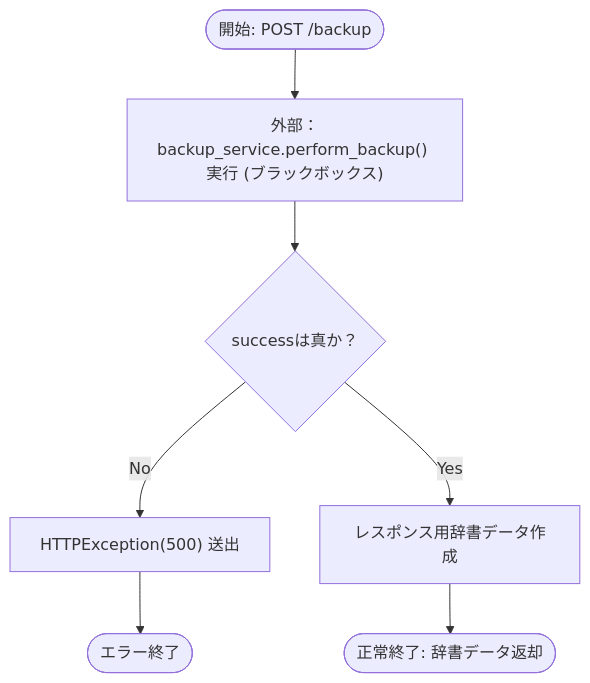
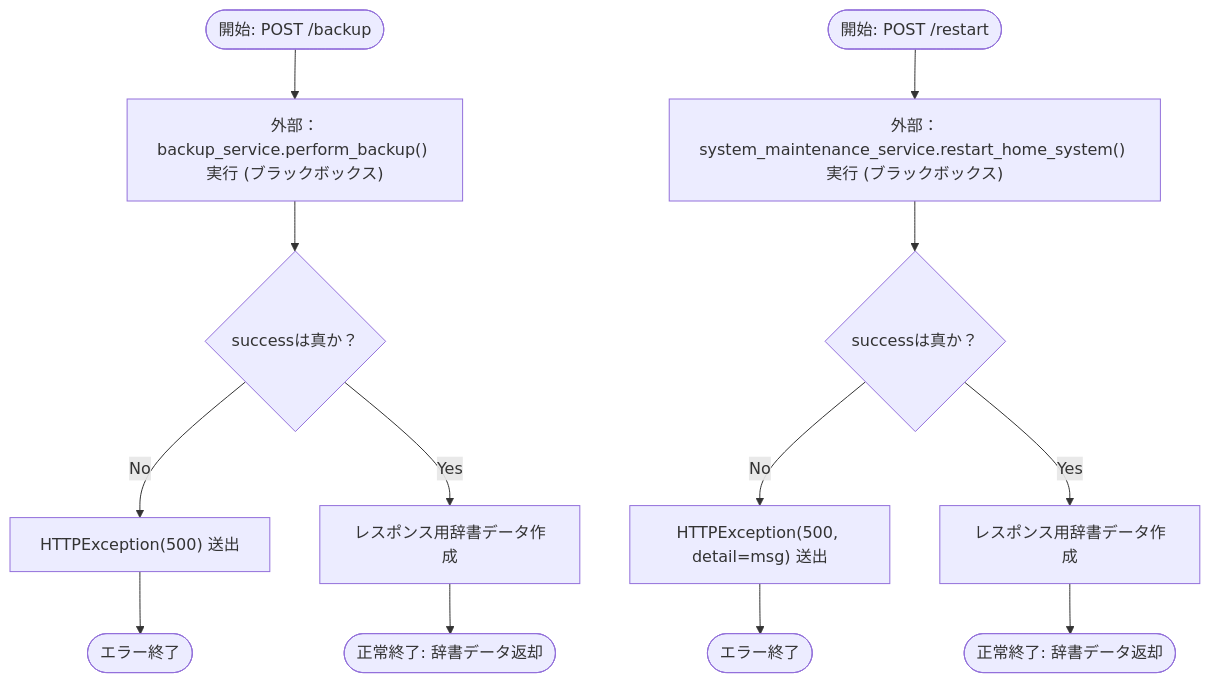
One commit to mmtigers/my_python_project changed the first of 2 diagrams in docs/specifications/MY_HOME_SYSTEM/system_router.md. Above: the diagram before and after it, drawn with Mermaid. The commit also changed other lines of this file and 85 other files, not shown here.

````diff
--- a/docs/specifications/MY_HOME_SYSTEM/system_router.md
+++ b/docs/specifications/MY_HOME_SYSTEM/system_router.md
@@ -80,10 +108,17 @@
 ```mermaid
 flowchart TD
     Start([開始: POST /backup]) --> A["外部：backup_service.perform_backup() 実行 (ブラックボックス)"]
     A --> B{"successは真か？"}
     B -- No --> C["HTTPException(500) 送出"]
     C --> Error([エラー終了])
     B -- Yes --> D["レスポンス用辞書データ作成"]
     D --> End([正常終了: 辞書データ返却])
 
+    Start2([開始: POST /restart]) --> A2["外部：system_maintenance_service.restart_home_system() 実行 (ブラックボックス)"]
+    A2 --> B2{"successは真か？"}
+    B2 -- No --> C2["HTTPException(500, detail=msg) 送出"]
+    C2 --> Error2([エラー終了])
+    B2 -- Yes --> D2["レスポンス用辞書データ作成"]
+    D2 --> End2([正常終了: 辞書データ返却])
+
 ```
````
